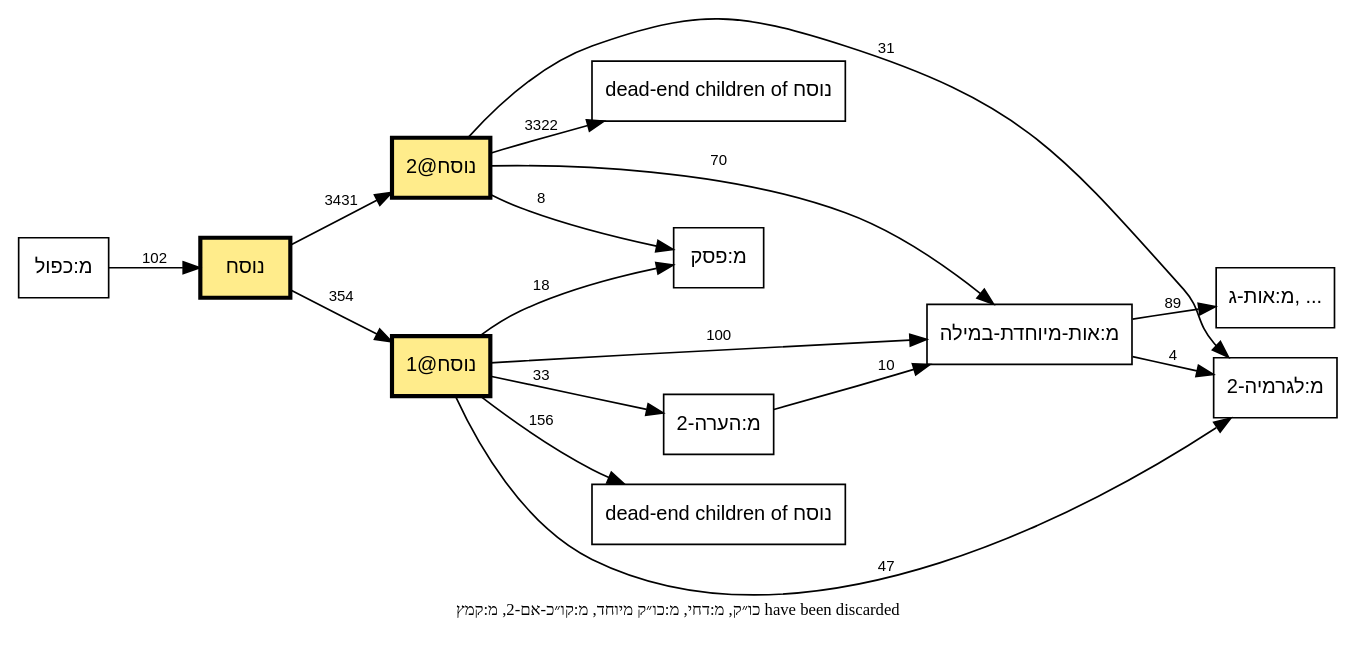
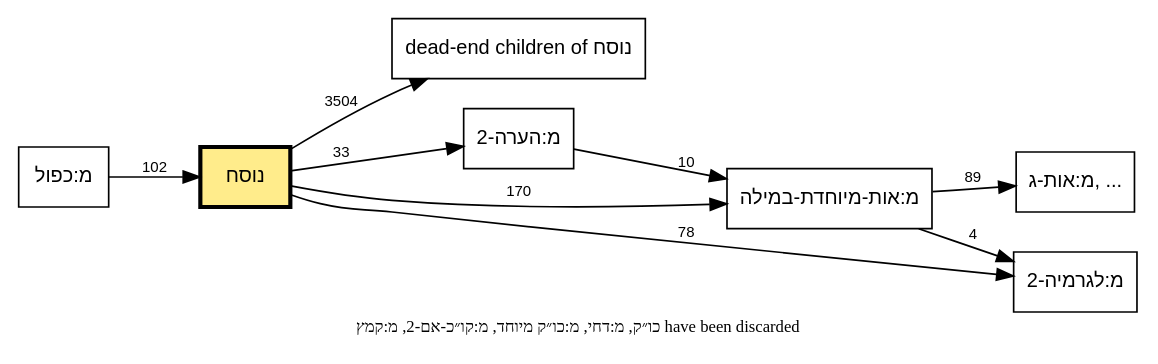
Before and after one commit to bdenckla/MAM-basics: the diagram in out/tmpl-survey-plus/plus-docnote-call-graph-e.dot, drawn with Graphviz. The commit also changed 22 other files, not shown here.

```diff
--- a/out/tmpl-survey-plus/plus-docnote-call-graph-e.dot
+++ b/out/tmpl-survey-plus/plus-docnote-call-graph-e.dot
@@ -1,53 +1,45 @@
 // This file was generated by MAM-basics/py/main_tmpl_survey.py.
 // Do not edit by hand.
 digraph template_call_graph {
     rankdir=LR;
     node [fontname="SBL Hebrew,Helvetica", fontsize=12];
     edge [fontname="Helvetica", fontsize=9];
     graph [comment="This file was generated by MAM-basics/py/main_tmpl_survey.py."];
 
     // Template nodes
     node [shape=box, style=""];
     "dead-end children of נוסח" [tooltip="כתיב ולא קרי
 מ:מקף אפור
 מ:נו״ן הפוכה
+מ:פסק
 מ:צינור
+מ:קישור בהערה
+מ:קישור פנימי בהערה
+מודגש
 סס
 ססס
 פפ
 פפפ
 קו״כ
 קרי ולא כתיב
 ר0
 ר1
-ר3"];
+ר3
+ש"];
     "מ:אות-ג, ..." [tooltip="מ:אות-ג
 מ:אות-ק"];
-    "dead-end children of נוסח (2)" [label="dead-end children of נוסח", tooltip="מ:קישור בהערה
-מ:קישור פנימי בהערה
-מודגש
-ש"];
     "נוסח" [fillcolor="lightgoldenrod1", style="filled", penwidth=2.5];
-    "נוסח@1" [fillcolor="lightgoldenrod1", style="filled", penwidth=2.5];
-    "נוסח@2" [fillcolor="lightgoldenrod1", style="filled", penwidth=2.5];
 
     // Note
     graph [label="כו״ק, מ:דחי, מ:כו״ק מיוחד, מ:קו״כ-אם-2, מ:קמץ have been discarded", labelloc=b, fontsize=10];
 
     // Edges
     "מ:אות-מיוחדת-במילה" -> "מ:אות-ג, ..." [label="89"];
     "מ:אות-מיוחדת-במילה" -> "מ:לגרמיה-2" [label="4"];
     "מ:הערה-2" -> "מ:אות-מיוחדת-במילה" [label="10"];
     "מ:כפול" -> "נוסח" [label="102"];
-    "נוסח" -> "נוסח@1" [label="354"];
-    "נוסח" -> "נוסח@2" [label="3431"];
-    "נוסח@1" -> "dead-end children of נוסח" [label="156"];
-    "נוסח@1" -> "מ:אות-מיוחדת-במילה" [label="100"];
-    "נוסח@1" -> "מ:הערה-2" [label="33"];
-    "נוסח@1" -> "מ:לגרמיה-2" [label="47"];
-    "נוסח@1" -> "מ:פסק" [label="18"];
-    "נוסח@2" -> "מ:אות-מיוחדת-במילה" [label="70"];
-    "נוסח@2" -> "מ:לגרמיה-2" [label="31"];
-    "נוסח@2" -> "מ:פסק" [label="8"];
-    "נוסח@2" -> "dead-end children of נוסח (2)" [label="3322"];
+    "נוסח" -> "dead-end children of נוסח" [label="3504"];
+    "נוסח" -> "מ:אות-מיוחדת-במילה" [label="170"];
+    "נוסח" -> "מ:הערה-2" [label="33"];
+    "נוסח" -> "מ:לגרמיה-2" [label="78"];
 }
```
